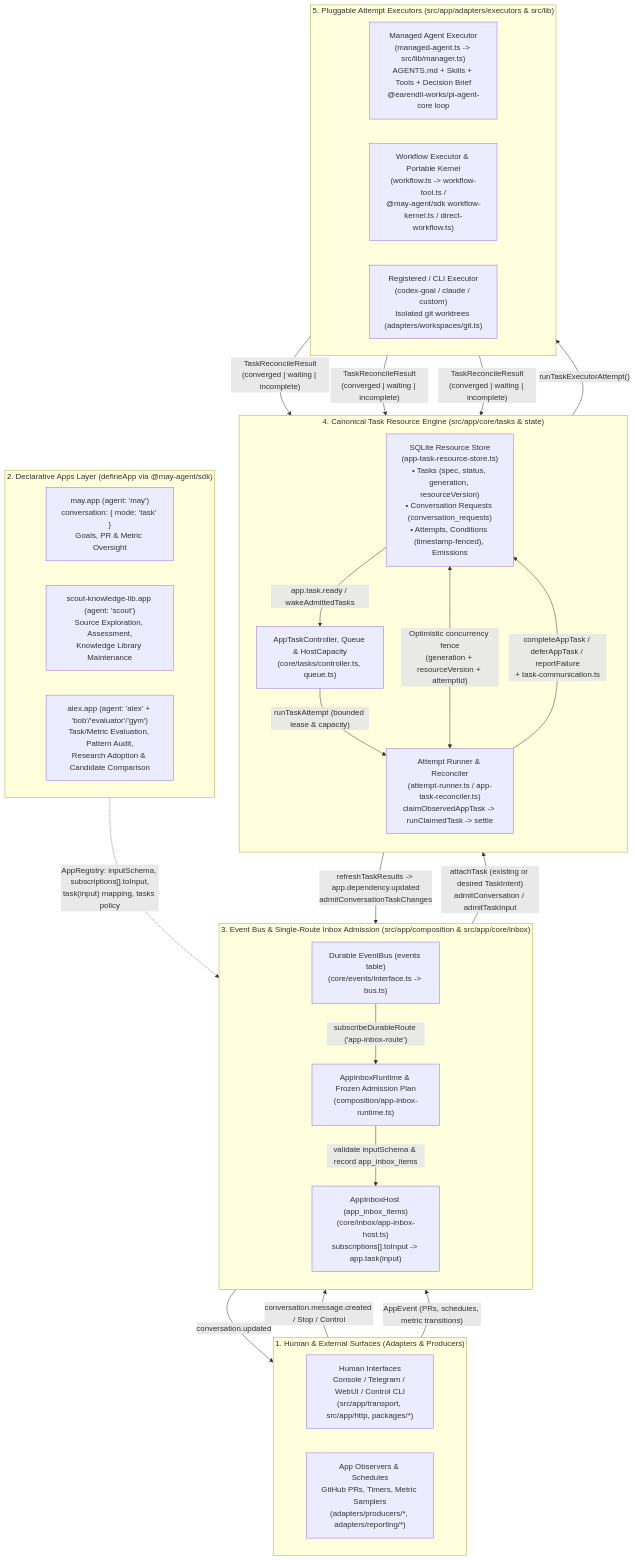
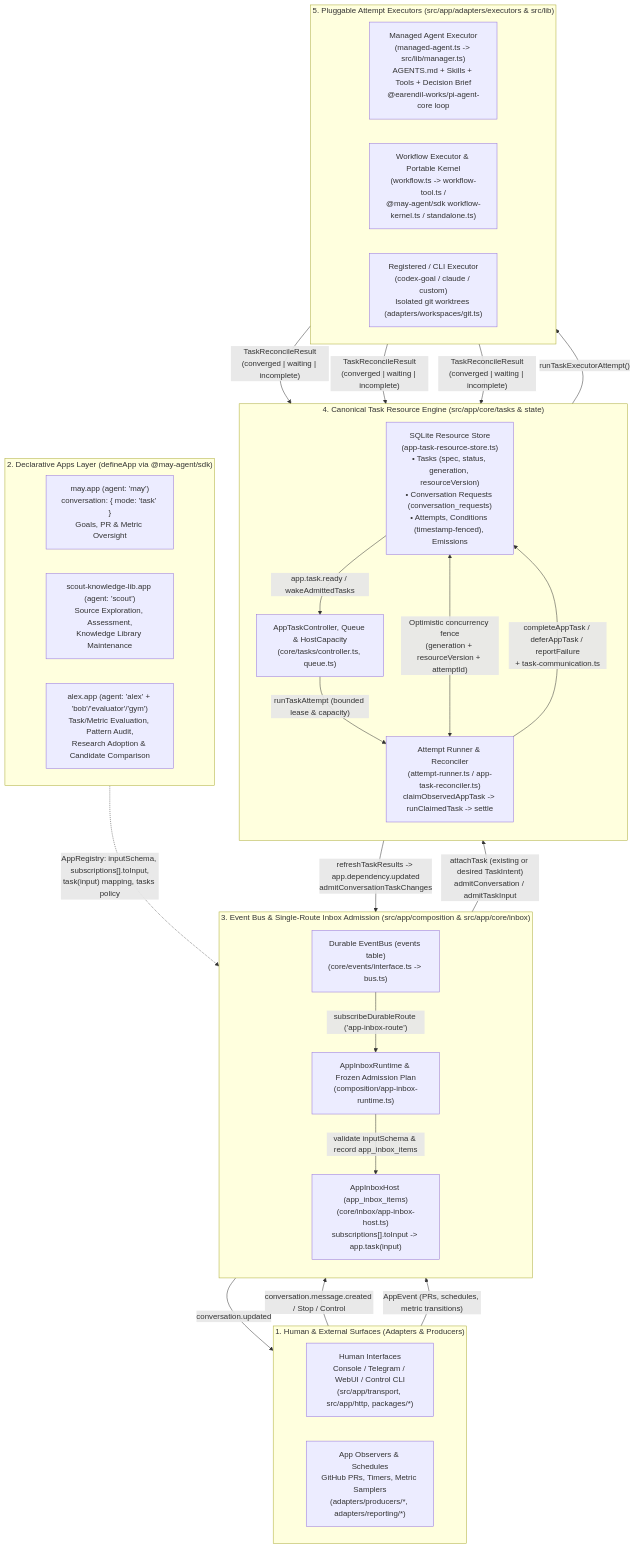
The diagram in projects/alex.app/docs/2a-design/architecture.md (hao1939/may-agent), drawn with Mermaid before and after one commit. The commit also changed other lines of this file and 14 other files, not shown here.

````diff
--- a/projects/alex.app/docs/2a-design/architecture.md
+++ b/projects/alex.app/docs/2a-design/architecture.md
@@ -61,57 +61,57 @@
 ```mermaid
 flowchart TB
     %% 1. Human & External Surfaces
     subgraph Surfaces["1. Human & External Surfaces (Adapters & Producers)"]
         direction LR
         UI["Human Interfaces<br/>Console / Telegram / WebUI / Control CLI<br/>(src/app/transport, src/app/http, packages/*)"]
         Obs["App Observers & Schedules<br/>GitHub PRs, Timers, Metric Samplers<br/>(adapters/producers/*, adapters/reporting/*)"]
     end
 
     %% 2. App Declarations Layer
     subgraph Apps["2. Declarative Apps Layer (defineApp via @may-agent/sdk)"]
         direction LR
         MayApp["may.app (agent: 'may')<br/>conversation: { mode: 'task' }<br/>Goals, PR & Metric Oversight"]
         ScoutApp["scout-knowledge-lib.app (agent: 'scout')<br/>Source Exploration, Assessment,<br/>Knowledge Library Maintenance"]
         AlexApp["alex.app (agent: 'alex' + 'bob'/'evaluator'/'gym')<br/>Task/Metric Evaluation, Pattern Audit,<br/>Research Adoption & Candidate Comparison"]
     end
 
     %% 3. Admission & Routing Layer
     subgraph Admission["3. Event Bus & Single-Route Inbox Admission (src/app/composition & src/app/core/inbox)"]
         direction TB
         EventBus["Durable EventBus (events table)<br/>(core/events/interface.ts -> bus.ts)"]
         InboxRuntime["AppInboxRuntime & Frozen Admission Plan<br/>(composition/app-inbox-runtime.ts)"]
         InboxHost["AppInboxHost (app_inbox_items)<br/>(core/inbox/app-inbox-host.ts)<br/>subscriptions[].toInput -> app.task(input)"]
     end
 
     %% 4. Canonical Resource & State Engine
     subgraph Engine["4. Canonical Task Resource Engine (src/app/core/tasks & state)"]
         direction TB
         Store["SQLite Resource Store<br/>(app-task-resource-store.ts)<br/>• Tasks (spec, status, generation, resourceVersion)<br/>• Conversation Requests (conversation_requests)<br/>• Attempts, Conditions (timestamp-fenced), Emissions"]
         Controller["AppTaskController, Queue & HostCapacity<br/>(core/tasks/controller.ts, queue.ts)"]
         Runner["Attempt Runner & Reconciler<br/>(attempt-runner.ts / app-task-reconciler.ts)<br/>claimObservedAppTask -> runClaimedTask -> settle"]
     end
 
     %% 5. Bounded Execution Backends
     subgraph Executors["5. Pluggable Attempt Executors (src/app/adapters/executors & src/lib)"]
         direction LR
         ManagedAgent["Managed Agent Executor<br/>(managed-agent.ts -> src/lib/manager.ts)<br/>AGENTS.md + Skills + Tools + Decision Brief<br/>@earendil-works/pi-agent-core loop"]
-        WorkflowExec["Workflow Executor & Portable Kernel<br/>(workflow.ts -> workflow-tool.ts /<br/>@may-agent/sdk workflow-kernel.ts / direct-workflow.ts)"]
+        WorkflowExec["Workflow Executor & Portable Kernel<br/>(workflow.ts -> workflow-tool.ts /<br/>@may-agent/sdk workflow-kernel.ts / standalone.ts)"]
         NativeExec["Registered / CLI Executor<br/>(codex-goal / claude / custom)<br/>Isolated git worktrees (adapters/workspaces/git.ts)"]
     end
 
     %% Relations
     UI -->|"conversation.message.created / Stop / Control"| EventBus
     Obs -->|"AppEvent (PRs, schedules, metric transitions)"| EventBus
     EventBus -->|"subscribeDurableRoute ('app-inbox-route')"| InboxRuntime
     Apps -.->|"AppRegistry: inputSchema, subscriptions[].toInput,<br/>task(input) mapping, tasks policy"| InboxRuntime
     InboxRuntime -->|"validate inputSchema & record app_inbox_items"| InboxHost
     InboxHost -->|"attachTask (existing or desired TaskIntent)<br/>admitConversation / admitTaskInput"| Store
     Store -->|"app.task.ready / wakeAdmittedTasks"| Controller
     Controller -->|"runTaskAttempt (bounded lease & capacity)"| Runner
     Runner <-->|"Optimistic concurrency fence<br/>(generation + resourceVersion + attemptId)"| Store
     Runner -->|"runTaskExecutorAttempt()"| Executors
     ManagedAgent & WorkflowExec & NativeExec -->|"TaskReconcileResult<br/>(converged | waiting | incomplete)"| Runner
     Runner -->|"completeAppTask / deferAppTask / reportFailure<br/>+ task-communication.ts"| Store
     Store -->|"refreshTaskResults -> app.dependency.updated<br/>admitConversationTaskChanges"| InboxRuntime
     InboxRuntime -->|"conversation.updated"| UI
 ```
````
